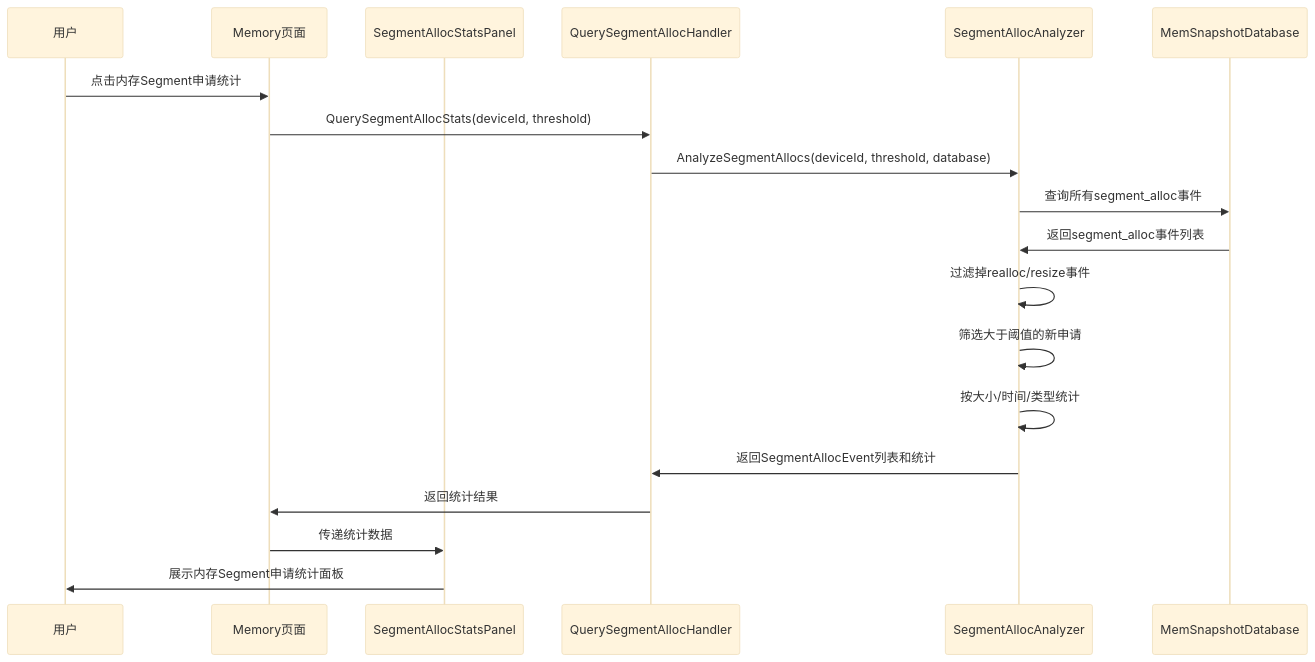
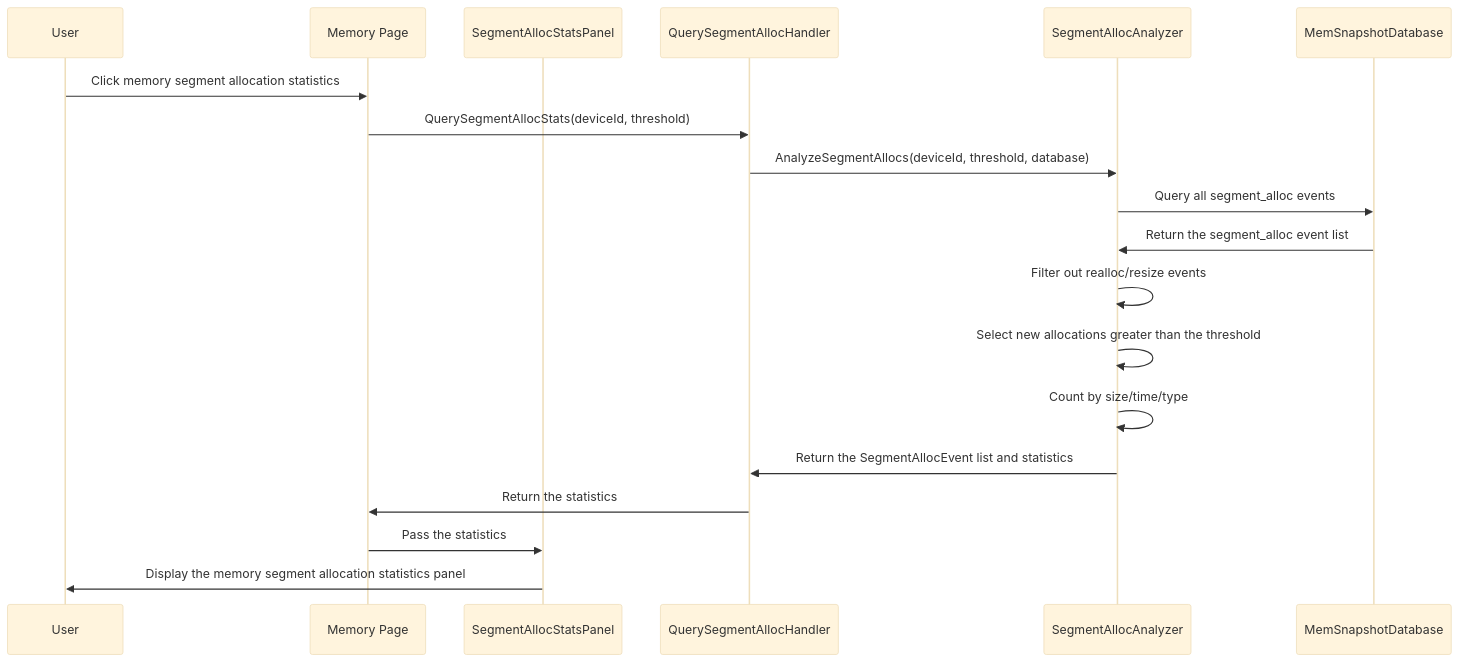
One commit to Ascend/msinsight changed the seventh of 8 diagrams in docs/en/development_guide/design/support_snapshot_analysis.md. Above: the diagram before and after it, drawn with Mermaid (base theme). The commit also changed other lines of this file and 323 other files, not shown here.

````diff
--- a/docs/en/development_guide/design/support_snapshot_analysis.md
+++ b/docs/en/development_guide/design/support_snapshot_analysis.md
@@ -437,22 +391,22 @@
 ```mermaid
 sequenceDiagram
-    participant User as 用户
-    participant MemoryPage as Memory页面
+    participant User as User
+    participant MemoryPage as Memory Page
     participant AllocStatsPanel as SegmentAllocStatsPanel
     participant AllocHandler as QuerySegmentAllocHandler
     participant AllocAnalyzer as SegmentAllocAnalyzer
     participant Database as MemSnapshotDatabase
 
-    User->>MemoryPage: 点击内存Segment申请统计
+    User->>MemoryPage: Click memory segment allocation statistics
     MemoryPage->>AllocHandler: QuerySegmentAllocStats(deviceId, threshold)
     AllocHandler->>AllocAnalyzer: AnalyzeSegmentAllocs(deviceId, threshold, database)
-    AllocAnalyzer->>Database: 查询所有segment_alloc事件
-    Database->>AllocAnalyzer: 返回segment_alloc事件列表
-    AllocAnalyzer->>AllocAnalyzer: 过滤掉realloc/resize事件
-    AllocAnalyzer->>AllocAnalyzer: 筛选大于阈值的新申请
-    AllocAnalyzer->>AllocAnalyzer: 按大小/时间/类型统计
-    AllocAnalyzer->>AllocHandler: 返回SegmentAllocEvent列表和统计
-    AllocHandler->>MemoryPage: 返回统计结果
-    MemoryPage->>AllocStatsPanel: 传递统计数据
-    AllocStatsPanel->>User: 展示内存Segment申请统计面板
+    AllocAnalyzer->>Database: Query all segment_alloc events
+    Database->>AllocAnalyzer: Return the segment_alloc event list
+    AllocAnalyzer->>AllocAnalyzer: Filter out realloc/resize events
+    AllocAnalyzer->>AllocAnalyzer: Select new allocations greater than the threshold
+    AllocAnalyzer->>AllocAnalyzer: Count by size/time/type
+    AllocAnalyzer->>AllocHandler: Return the SegmentAllocEvent list and statistics
+    AllocHandler->>MemoryPage: Return the statistics
+    MemoryPage->>AllocStatsPanel: Pass the statistics
+    AllocStatsPanel->>User: Display the memory segment allocation statistics panel
 ```
````
